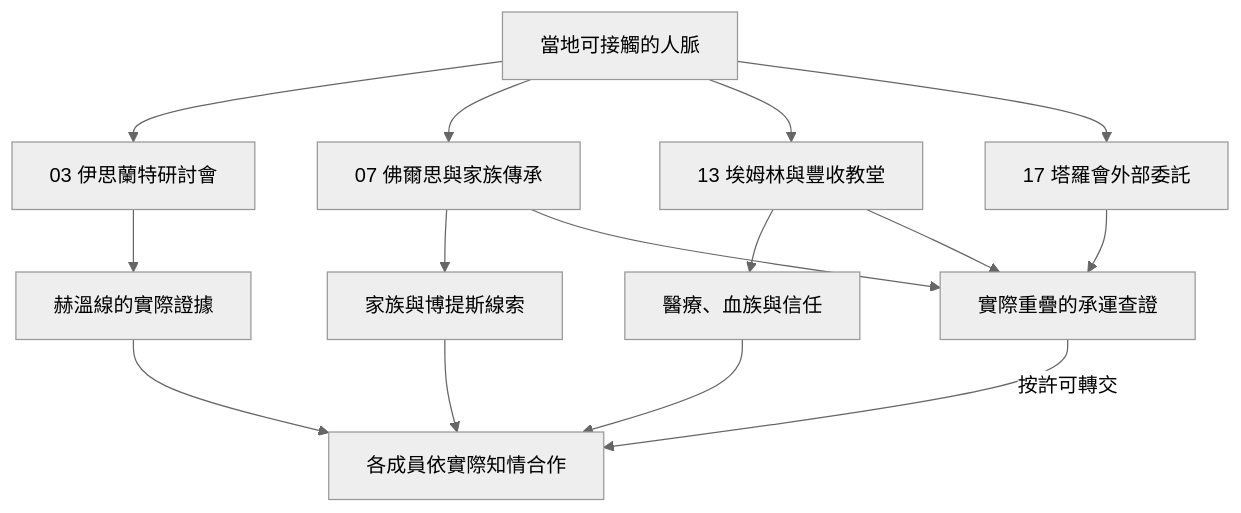
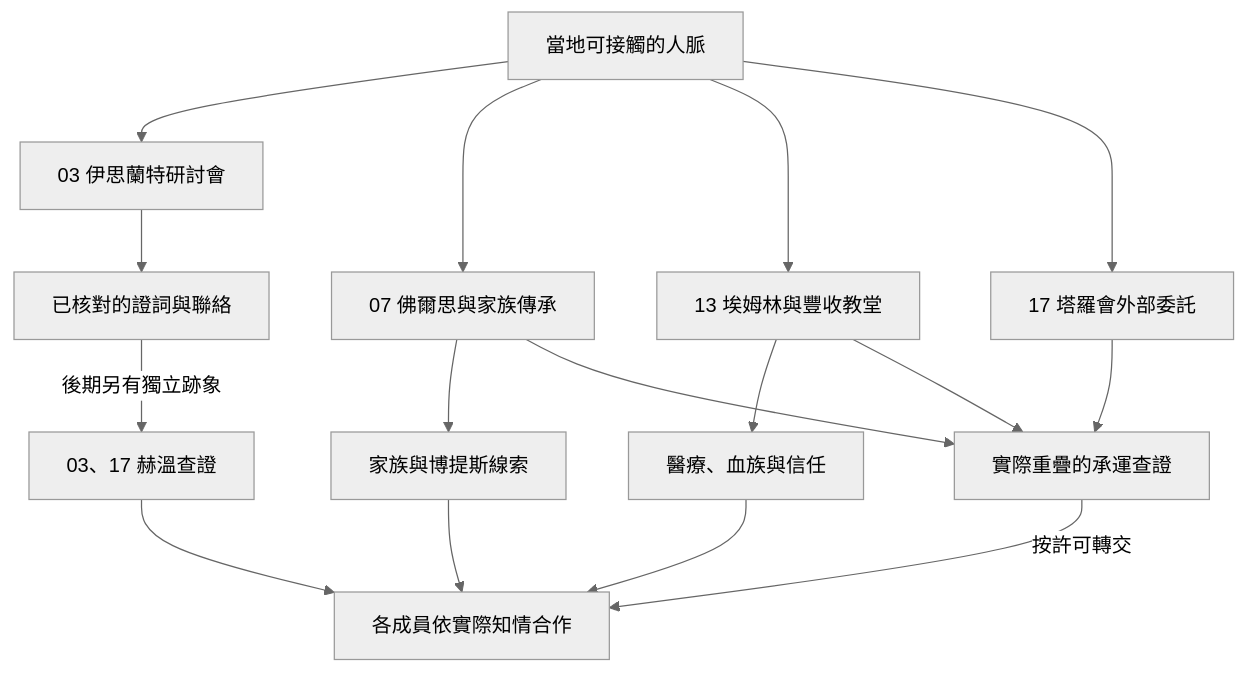
One commit to dragon961204-cmd/- changed the fourth of 7 diagrams in game/events/part_one_story_tree.md. Above: the diagram before and after it, drawn with Mermaid (neutral theme). The commit also changed other lines of this file, not shown here.

Commit message:
串接第十二批研討會至part_one_story_tree.md

````diff
--- a/game/events/part_one_story_tree.md
+++ b/game/events/part_one_story_tree.md
@@ -70,17 +70,18 @@
 ```mermaid
 flowchart TD
     A["當地可接觸的人脈"] --> B["03 伊思蘭特研討會"]
     A --> C["07 佛爾思與家族傳承"]
     A --> D["13 埃姆林與豐收教堂"]
     A --> E["17 塔羅會外部委託"]
-    B --> F["赫溫線的實際證據"]
+    B --> M["已核對的證詞與聯絡"]
+    M -->|"後期另有獨立跡象"| F["03、17 赫溫查證"]
     C --> G["家族與博提斯線索"]
     D --> H["醫療、血族與信任"]
     C --> J["實際重疊的承運查證"]
     D --> J
     E --> J
     J -->|"按許可轉交"| I["各成員依實際知情合作"]
     F --> I
     G --> I
     H --> I
 ```
````
